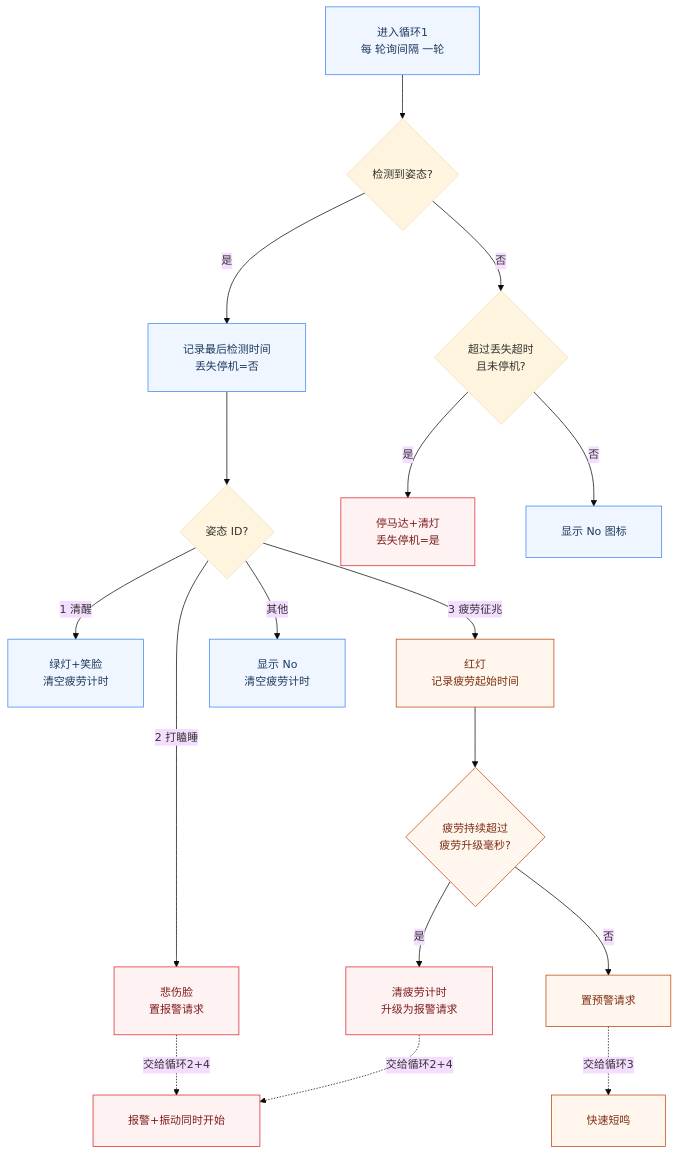
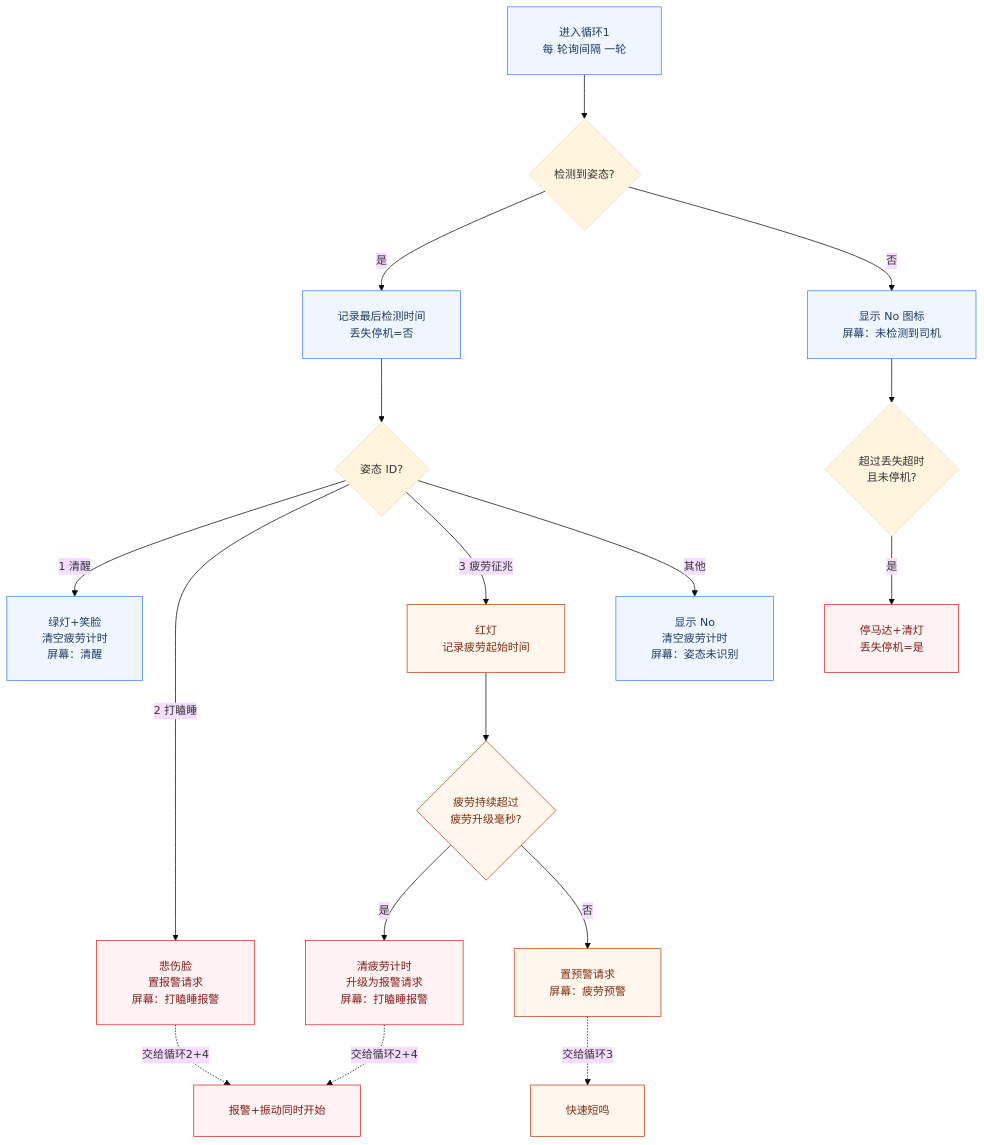
The second of 3 diagrams in README.md (Gsjsjzhznsz/driver), drawn with Mermaid before and after one commit. The commit also changed other lines of this file and 2 other files, not shown here.

````diff
--- a/README.md
+++ b/README.md
@@ -109,26 +126,26 @@
 ```mermaid
 %%{init: {"theme":"base","themeVariables":{"fontSize":"15px"},"flowchart":{"curve":"basis","padding":24,"nodeSpacing":70,"rankSpacing":60}}}%%
 flowchart TD
     S["进入循环1<br>每 轮询间隔 一轮"] --> A{"检测到姿态?"}
     A -->|"是"| B["记录最后检测时间<br>丢失停机=否"]
     B --> C{"姿态 ID?"}
-    C -->|"1 清醒"| D["绿灯+笑脸<br>清空疲劳计时"]
-    C -->|"2 打瞌睡"| E["悲伤脸<br>置报警请求"]
+    C -->|"1 清醒"| D["绿灯+笑脸<br>清空疲劳计时<br>屏幕：清醒"]
+    C -->|"2 打瞌睡"| E["悲伤脸<br>置报警请求<br>屏幕：打瞌睡报警"]
     C -->|"3 疲劳征兆"| F["红灯<br>记录疲劳起始时间"]
-    C -->|"其他"| G["显示 No<br>清空疲劳计时"]
+    C -->|"其他"| G["显示 No<br>清空疲劳计时<br>屏幕：姿态未识别"]
     F --> H{"疲劳持续超过<br>疲劳升级毫秒?"}
-    H -->|"是"| I["清疲劳计时<br>升级为报警请求"]
-    H -->|"否"| J["置预警请求"]
-    A -->|"否"| K{"超过丢失超时<br>且未停机?"}
+    H -->|"是"| I["清疲劳计时<br>升级为报警请求<br>屏幕：打瞌睡报警"]
+    H -->|"否"| J["置预警请求<br>屏幕：疲劳预警"]
+    A -->|"否"| M["显示 No 图标<br>屏幕：未检测到司机"]
+    M --> K{"超过丢失超时<br>且未停机?"}
     K -->|"是"| L["停马达+清灯<br>丢失停机=是"]
-    K -->|"否"| M["显示 No 图标"]
     E -.->|"交给循环2+4"| N["报警+振动同时开始"]
     I -.->|"交给循环2+4"| N
     J -.->|"交给循环3"| O["快速短鸣"]
     classDef normal fill:#EFF6FF,stroke:#3B82F6,color:#1E3A5F
     classDef warn fill:#FFF7ED,stroke:#C2410C,color:#7C2D12
     classDef danger fill:#FEF2F2,stroke:#DC2626,color:#7F1D1D
     class S,B,D,G,M normal
     class F,H,J,O warn
     class E,I,N,L danger
 ```
````
